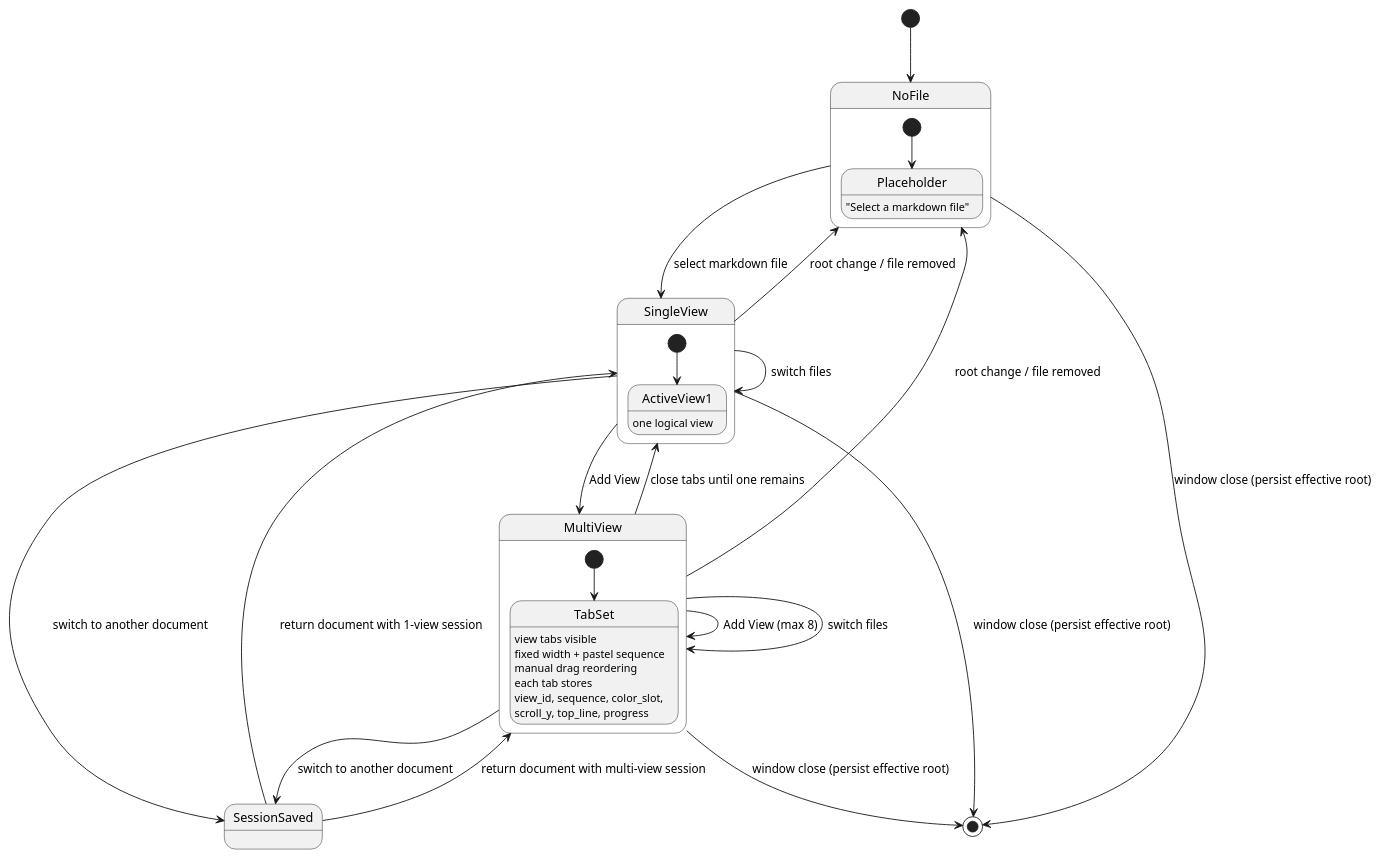
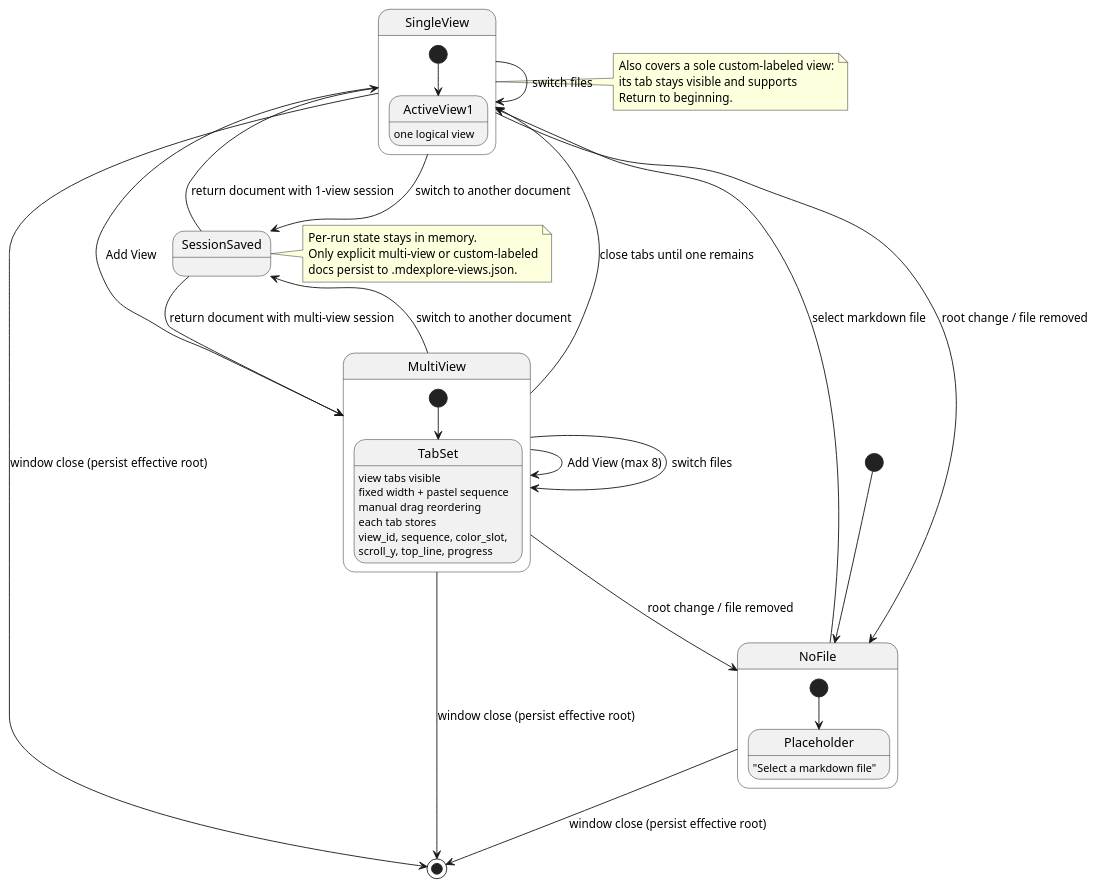
One commit to ngpepin/mdexplore changed the ninth of 9 diagrams in UML.md. Above: the diagram before and after it, drawn with PlantUML. The commit also changed other lines of this file and 6 other files, not shown here.

````diff
--- a/UML.md
+++ b/UML.md
@@ -475,42 +540,52 @@
 ```plantuml
 @startuml
 [*] --> NoFile
 
 state NoFile {
   [*] --> Placeholder
   Placeholder : "Select a markdown file"
 }
 
 NoFile --> SingleView : select markdown file
 
 state SingleView {
   [*] --> ActiveView1
   ActiveView1 : one logical view
 }
+note right of SingleView
+  Also covers a sole custom-labeled view:
+  its tab stays visible and supports
+  Return to beginning.
+end note
 
 SingleView --> MultiView : Add View
 MultiView --> MultiView : Add View (max 8)
 MultiView --> SingleView : close tabs until one remains
 
 state MultiView {
   [*] --> TabSet
   TabSet : view tabs visible\nfixed width + pastel sequence\nmanual drag reordering
   TabSet : each tab stores\nview_id, sequence, color_slot,\nscroll_y, top_line, progress
 }
 
 SingleView --> SingleView : switch files
 MultiView --> MultiView : switch files
 
 SingleView --> SessionSaved : switch to another document
 MultiView --> SessionSaved : switch to another document
 SessionSaved --> SingleView : return document with 1-view session
 SessionSaved --> MultiView : return document with multi-view session
+note right of SessionSaved
+  Per-run state stays in memory.
+  Only explicit multi-view or custom-labeled
+  docs persist to .mdexplore-views.json.
+end note
 
 SingleView --> NoFile : root change / file removed
 MultiView --> NoFile : root change / file removed
 
 NoFile --> [*] : window close (persist effective root)
 SingleView --> [*] : window close (persist effective root)
 MultiView --> [*] : window close (persist effective root)
 @enduml
 ```
````
